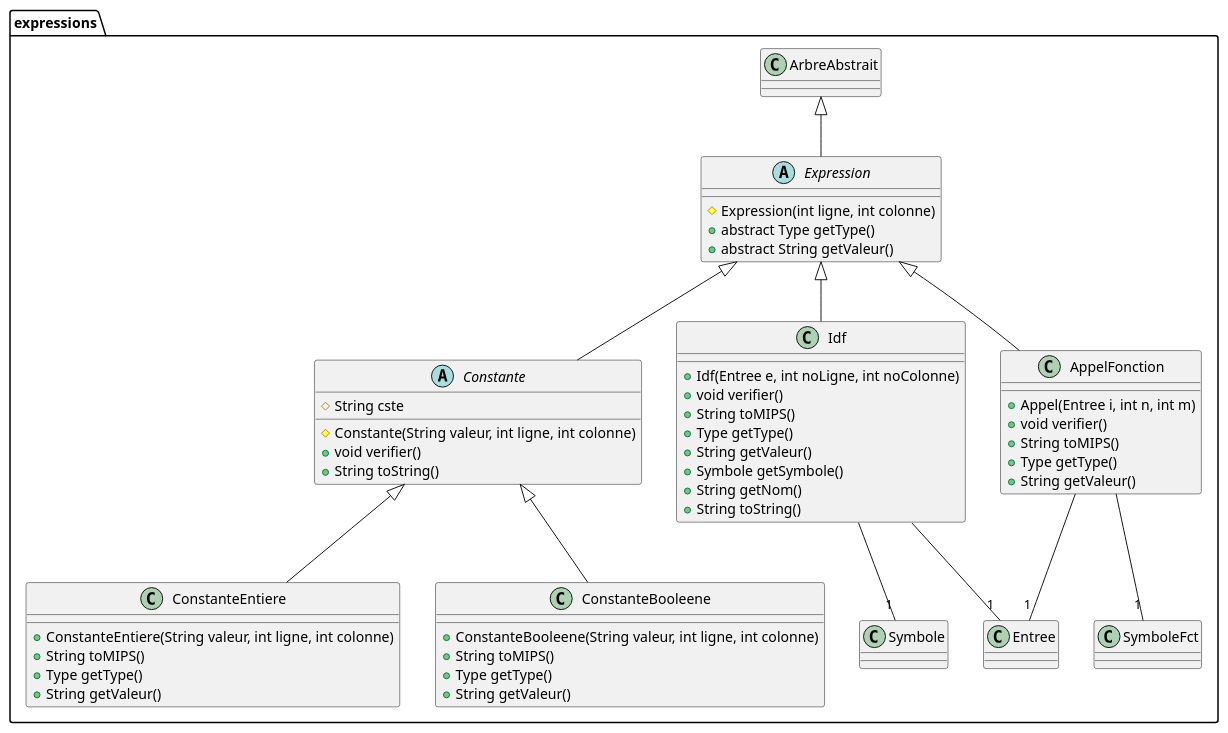
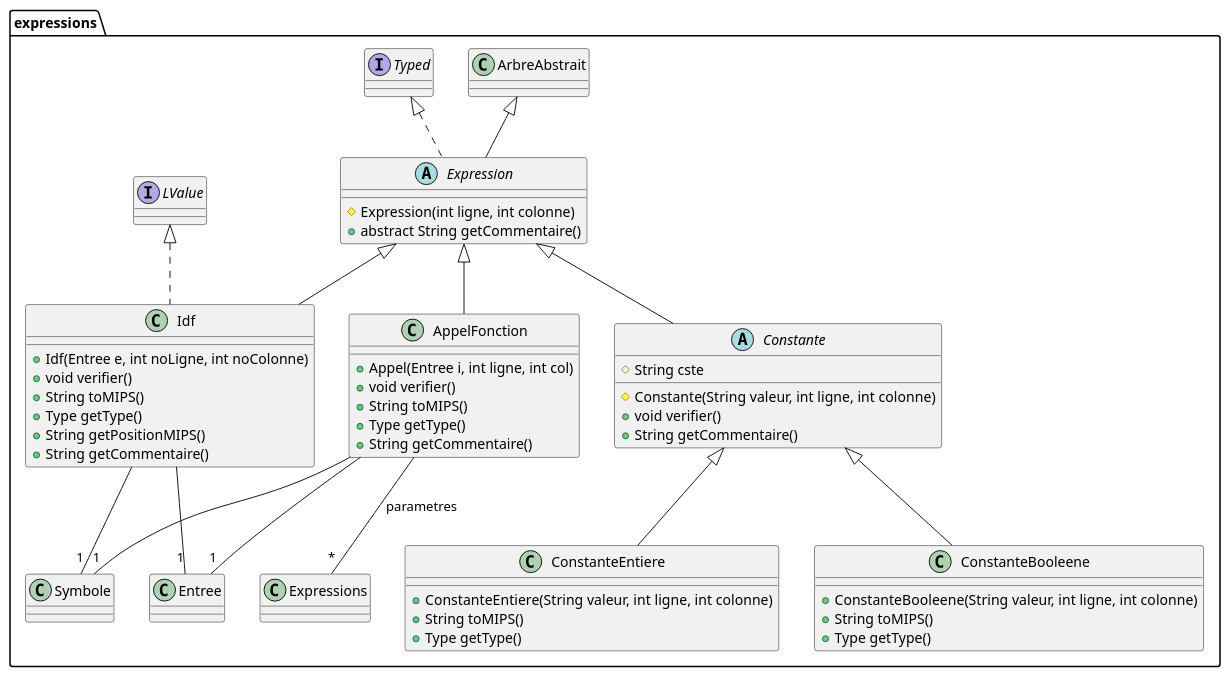
One commit to wehddn/L3-Compilation-Projet changed the diagram in src/Diagrammes/arbre.expressions.puml. Above: the diagram before and after it, drawn with PlantUML. The commit also changed 8 other files, not shown here.

Commit message:
Mise à jour du diagramme de classe

```diff
--- a/src/Diagrammes/arbre.expressions.puml
+++ b/src/Diagrammes/arbre.expressions.puml
@@ -1,55 +1,52 @@
 @startuml
 package expressions {
+	class AppelFonction extends Expression {
+		+ Appel(Entree i, int ligne, int col)
+		+ void verifier()
+		+ String toMIPS()
+		+ Type getType()
+		+ String getCommentaire()
+	}
+	AppelFonction --"1" Entree
+	AppelFonction --"1" Symbole
+	AppelFonction --"*" Expressions : parametres
+
+
 
 	abstract class Constante extends Expression {
 		# String cste
 		# Constante(String valeur, int ligne, int colonne)
 		+ void verifier()
-		+ String toString()
+		+ String getCommentaire()
+	}
+
+	class ConstanteBooleene extends Constante {
+		+ ConstanteBooleene(String valeur, int ligne, int colonne)
+		+ String toMIPS()
+		+ Type getType()
 	}
 
 	class ConstanteEntiere extends Constante {
 		+ ConstanteEntiere(String valeur, int ligne, int colonne)
 		+ String toMIPS()
 		+ Type getType()
-		+ String getValeur()
 	}
 
-	class ConstanteBooleene extends Constante {
-		+ ConstanteBooleene(String valeur, int ligne, int colonne)
-		+ String toMIPS()
-		+ Type getType()
-		+ String getValeur()
+
+	abstract class Expression extends ArbreAbstrait implements Typed{
+		# Expression(int ligne, int colonne)
+		+ abstract String getCommentaire()
 	}
 
-	abstract class Expression extends ArbreAbstrait{
-		# Expression(int ligne, int colonne)
-		+ abstract Type getType()
-		+ abstract String getValeur()
-	}
-
-	class Idf extends Expression {
+	class Idf extends Expression implements LValue {
 		+ Idf(Entree e, int noLigne, int noColonne)
 		+ void verifier()
 		+ String toMIPS()
 		+ Type getType()
-		+ String getValeur()
-		+ Symbole getSymbole()
-		+ String getNom()
-		+ String toString()
+		+ String getPositionMIPS()
+		+ String getCommentaire()
 	}
 	Idf --"1" Symbole
 	Idf --"1" Entree
-
-	class AppelFonction extends Expression {
-		+ Appel(Entree i, int n, int m)
-		+ void verifier()
-		+ String toMIPS()
-		+ Type getType()
-		+ String getValeur()
-	}
-
-	AppelFonction --"1" Entree
-	AppelFonction --"1" SymboleFct
 }
 @enduml
```
